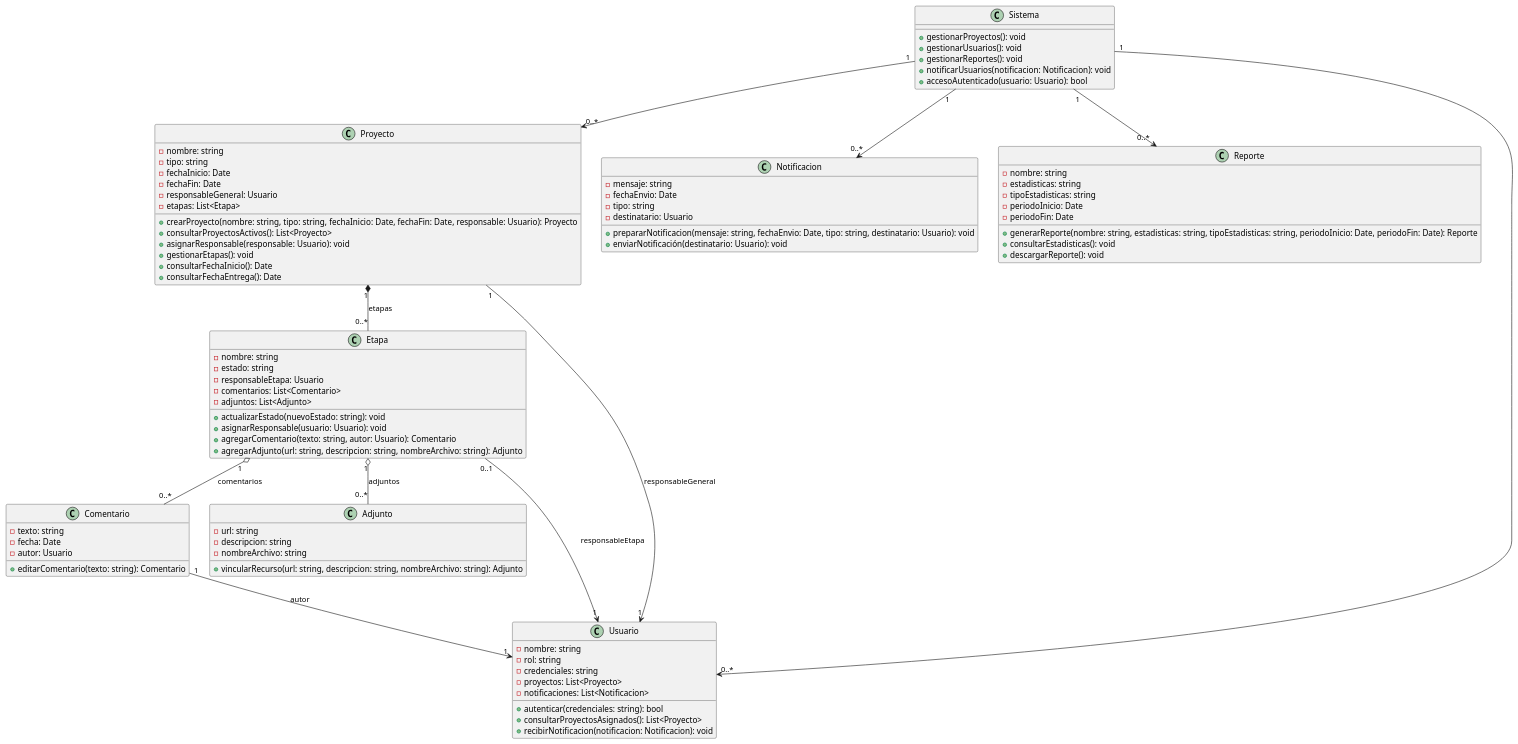
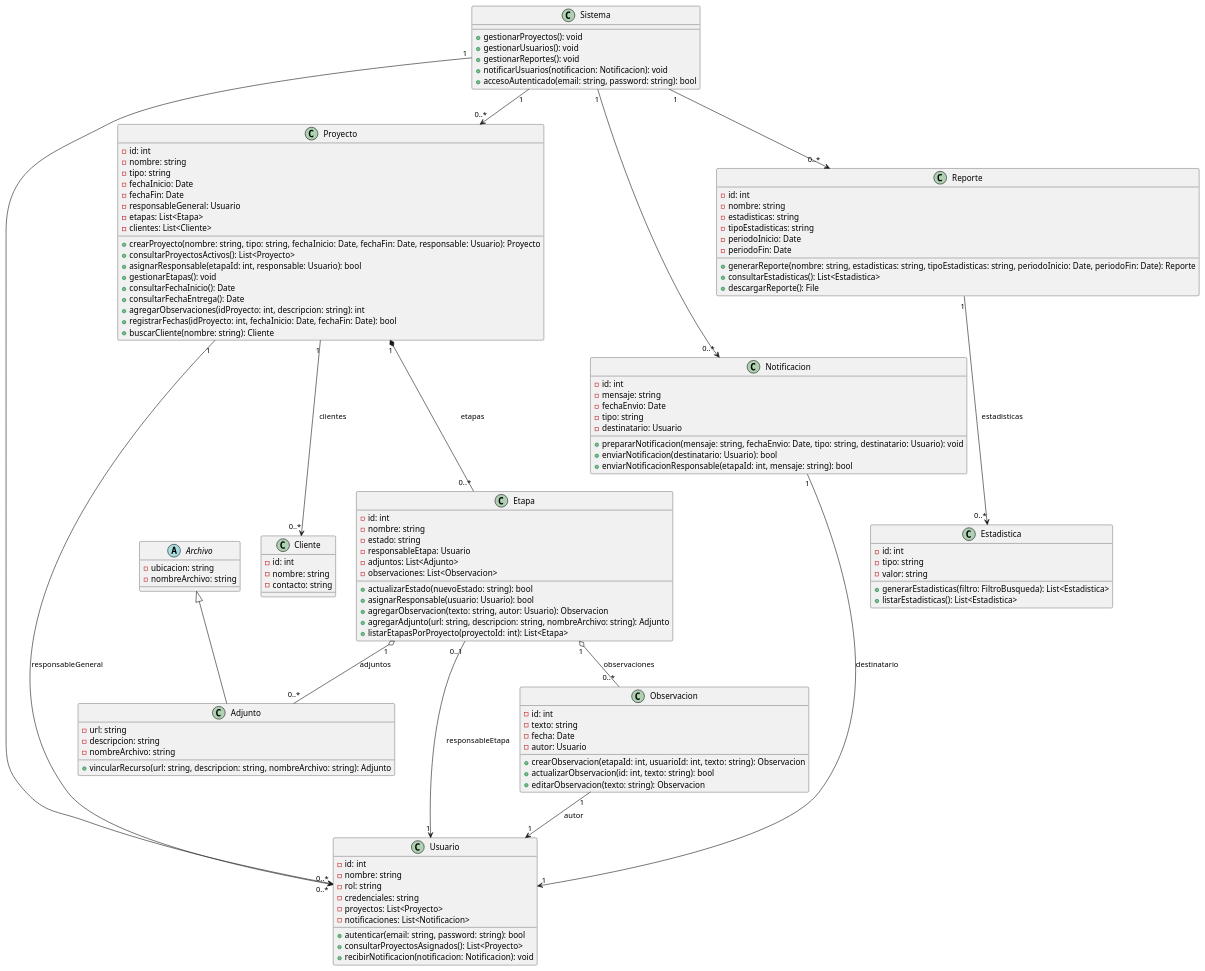
The diagram in diagramas/01-diagrama-clases/01-diagrama-clases-final.puml (9919-Mili/SistemaProductoraVideos), drawn with PlantUML before and after one commit. The commit also changed 22 other files, not shown here.

Commit message:
Update de clases final y correciones a varios archivos para mantener coherencia entre clases

```diff
--- a/diagramas/01-diagrama-clases/01-diagrama-clases-final.puml
+++ b/diagramas/01-diagrama-clases/01-diagrama-clases-final.puml
@@ -1,98 +1,138 @@
-@startuml 01-diagrama-refinado
+@startuml 01-diagrama-clases-final-refinado
 
-' Diagrama de clases refinado
+' Diagrama de clases refinado (copia consistente con matrices CLAE y CRC)
+
+abstract class Archivo {
+    - ubicacion: string
+    - nombreArchivo: string
+}
 
 class Sistema {
-	+ gestionarProyectos(): void
-	+ gestionarUsuarios(): void
-	+ gestionarReportes(): void
-	+ notificarUsuarios(notificacion: Notificacion): void
-	+ accesoAutenticado(usuario: Usuario): bool
+    + gestionarProyectos(): void
+    + gestionarUsuarios(): void
+    + gestionarReportes(): void
+    + notificarUsuarios(notificacion: Notificacion): void
+    + accesoAutenticado(email: string, password: string): bool
+}
+
+class Usuario {
+    - id: int
+    - nombre: string
+    - rol: string
+    - credenciales: string
+    - proyectos: List<Proyecto>
+    - notificaciones: List<Notificacion>
+    + autenticar(email: string, password: string): bool
+    + consultarProyectosAsignados(): List<Proyecto>
+    + recibirNotificacion(notificacion: Notificacion): void
+}
+
+class Cliente {
+    - id: int
+    - nombre: string
+    - contacto: string
 }
 
 class Proyecto {
-	- nombre: string
-	- tipo: string
-	- fechaInicio: Date
-	- fechaFin: Date
-	- responsableGeneral: Usuario
-	- etapas: List<Etapa>
-	+ crearProyecto(nombre: string, tipo: string, fechaInicio: Date, fechaFin: Date, responsable: Usuario): Proyecto
-	+ consultarProyectosActivos(): List<Proyecto>
-	+ asignarResponsable(responsable: Usuario): void
-	+ gestionarEtapas(): void
-	+ consultarFechaInicio(): Date
-	+ consultarFechaEntrega(): Date
+    - id: int
+    - nombre: string
+    - tipo: string
+    - fechaInicio: Date
+    - fechaFin: Date
+    - responsableGeneral: Usuario
+    - etapas: List<Etapa>
+    - clientes: List<Cliente>
+    + crearProyecto(nombre: string, tipo: string, fechaInicio: Date, fechaFin: Date, responsable: Usuario): Proyecto
+    + consultarProyectosActivos(): List<Proyecto>
+    + asignarResponsable(etapaId: int, responsable: Usuario): bool
+    + gestionarEtapas(): void
+    + consultarFechaInicio(): Date
+    + consultarFechaEntrega(): Date
+    + agregarObservaciones(idProyecto: int, descripcion: string): int
+    + registrarFechas(idProyecto: int, fechaInicio: Date, fechaFin: Date): bool
+    + buscarCliente(nombre: string): Cliente
 }
 
 class Etapa {
-	- nombre: string
-	- estado: string
-	- responsableEtapa: Usuario
-	- comentarios: List<Comentario>
-	- adjuntos: List<Adjunto>
-	+ actualizarEstado(nuevoEstado: string): void
-	+ asignarResponsable(usuario: Usuario): void
-	+ agregarComentario(texto: string, autor: Usuario): Comentario
-	+ agregarAdjunto(url: string, descripcion: string, nombreArchivo: string): Adjunto
+    - id: int
+    - nombre: string
+    - estado: string
+    - responsableEtapa: Usuario
+    - adjuntos: List<Adjunto>
+    - observaciones: List<Observacion>
+    + actualizarEstado(nuevoEstado: string): bool
+    + asignarResponsable(usuario: Usuario): bool
+    + agregarObservacion(texto: string, autor: Usuario): Observacion
+    + agregarAdjunto(url: string, descripcion: string, nombreArchivo: string): Adjunto
+    + listarEtapasPorProyecto(proyectoId: int): List<Etapa>
 }
 
-class Comentario {
-	- texto: string
-	- fecha: Date
-	- autor: Usuario
-	+ editarComentario(texto: string): Comentario
+class Observacion {
+    - id: int
+    - texto: string
+    - fecha: Date
+    - autor: Usuario
+    + crearObservacion(etapaId: int, usuarioId: int, texto: string): Observacion
+    + actualizarObservacion(id: int, texto: string): bool
+    + editarObservacion(texto: string): Observacion
 }
 
+
 class Adjunto {
-	- url: string
-	- descripcion: string
-	- nombreArchivo: string
-	+ vincularRecurso(url: string, descripcion: string, nombreArchivo: string): Adjunto
+    - url: string
+    - descripcion: string
+    - nombreArchivo: string
+    + vincularRecurso(url: string, descripcion: string, nombreArchivo: string): Adjunto
 }
 
 class Notificacion {
-	- mensaje: string
-	- fechaEnvio: Date
-	- tipo: string
-	- destinatario: Usuario
-	+ prepararNotificacion(mensaje: string, fechaEnvio: Date, tipo: string, destinatario: Usuario): void
-	+ enviarNotificación(destinatario: Usuario): void
+    - id: int
+    - mensaje: string
+    - fechaEnvio: Date
+    - tipo: string
+    - destinatario: Usuario
+    + prepararNotificacion(mensaje: string, fechaEnvio: Date, tipo: string, destinatario: Usuario): void
+    + enviarNotificacion(destinatario: Usuario): bool
+    + enviarNotificacionResponsable(etapaId: int, mensaje: string): bool
 }
 
 class Reporte {
-	- nombre: string
-	- estadisticas: string
-	- tipoEstadisticas: string
-	- periodoInicio: Date
-	- periodoFin: Date
-	+ generarReporte(nombre: string, estadisticas: string, tipoEstadisticas: string, periodoInicio: Date, periodoFin: Date): Reporte
-	+ consultarEstadisticas(): void
-	+ descargarReporte(): void
+    - id: int
+    - nombre: string
+    - estadisticas: string
+    - tipoEstadisticas: string
+    - periodoInicio: Date
+    - periodoFin: Date
+    + generarReporte(nombre: string, estadisticas: string, tipoEstadisticas: string, periodoInicio: Date, periodoFin: Date): Reporte
+    + consultarEstadisticas(): List<Estadistica>
+    + descargarReporte(): File
 }
 
-class Usuario {
-	- nombre: string
-	- rol: string
-	- credenciales: string
-	- proyectos: List<Proyecto>
-	- notificaciones: List<Notificacion>
-	+ autenticar(credenciales: string): bool
-	+ consultarProyectosAsignados(): List<Proyecto>
-	+ recibirNotificacion(notificacion: Notificacion): void
+class Estadistica {
+    - id: int
+    - tipo: string
+    - valor: string
+    + generarEstadisticas(filtro: FiltroBusqueda): List<Estadistica>
+    + listarEstadisticas(): List<Estadistica>
 }
 
-' Relaciones y multiplicidades
+
+' Herencia / Especialización
+Archivo <|-- Adjunto
+
+' Relaciones y multiplicidades (derivadas de matrices CLAE y tarjetas CRC)
 Proyecto "1" *-- "0..*" Etapa : etapas
-Etapa "1" o-- "0..*" Comentario : comentarios
+Etapa "1" o-- "0..*" Observacion : observaciones
 Etapa "1" o-- "0..*" Adjunto : adjuntos
-Proyecto "1" --> "1" Usuario : responsableGeneral
 Etapa "0..1" --> "1" Usuario : responsableEtapa
-Comentario "1" --> "1" Usuario : autor
+Proyecto "1" --> "0..*" Usuario : responsableGeneral
+Observacion "1" --> "1" Usuario : autor
+Notificacion "1" --> "1" Usuario : destinatario
+Proyecto "1" --> "0..*" Cliente : clientes
+Reporte "1" --> "0..*" Estadistica : estadisticas
 Sistema "1" --> "0..*" Proyecto
 Sistema "1" --> "0..*" Usuario
 Sistema "1" --> "0..*" Reporte
 Sistema "1" --> "0..*" Notificacion
 
-
 @enduml
```
